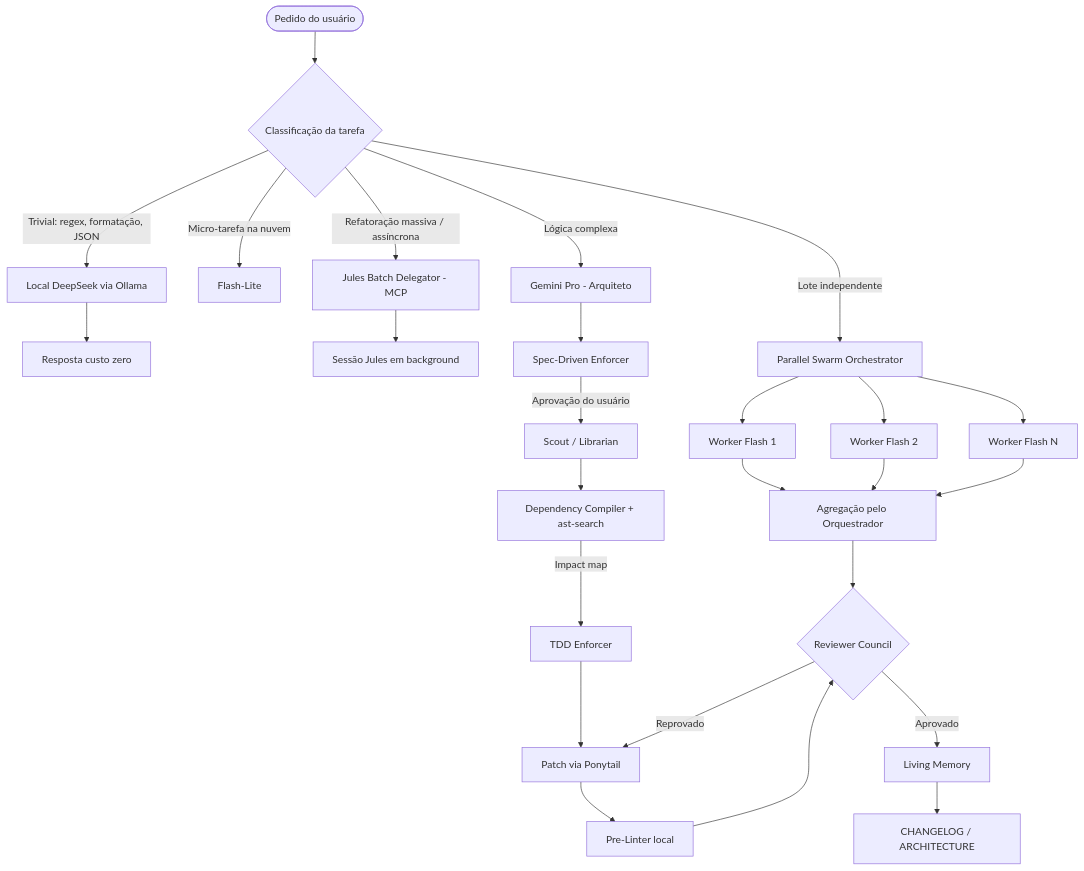
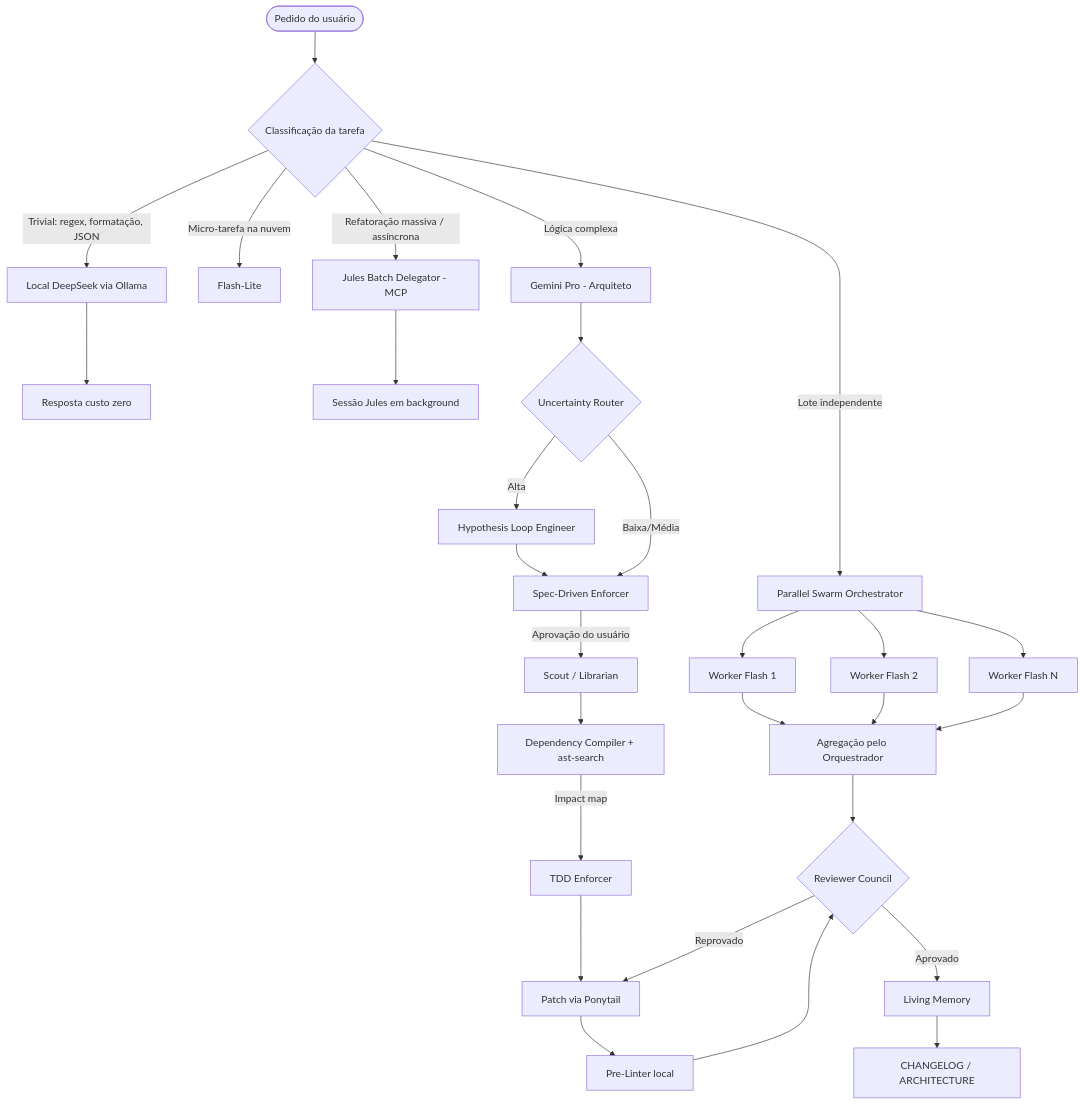
Before and after one commit to Helfstein-one/event-horizon-skill: the first of 3 diagrams in README.md, drawn with Mermaid. The commit also changed other lines of this file and 12 other files, not shown here.

Commit message:
refactor: make hypothesis loop and personas domain-agnostic; add uncertainty-router; wire skill integrations

````diff
--- a/README.md
+++ b/README.md
@@ -85,33 +86,36 @@
 ```mermaid
 flowchart TD
     User(["Pedido do usuário"]) --> Router{"Classificação da tarefa"}
 
     Router -- "Trivial: regex, formatação, JSON" --> Local["Local DeepSeek via Ollama"]
     Local --> Out1["Resposta custo zero"]
 
     Router -- "Micro-tarefa na nuvem" --> Lite["Flash-Lite"]
 
     Router -- "Refatoração massiva / assíncrona" --> Jules["Jules Batch Delegator - MCP"]
     Jules --> BG["Sessão Jules em background"]
 
     Router -- "Lote independente" --> Swarm["Parallel Swarm Orchestrator"]
     Swarm --> W1["Worker Flash 1"]
     Swarm --> W2["Worker Flash 2"]
     Swarm --> W3["Worker Flash N"]
     W1 --> Agg["Agregação pelo Orquestrador"]
     W2 --> Agg
     W3 --> Agg
 
     Router -- "Lógica complexa" --> Pro["Gemini Pro - Arquiteto"]
-    Pro --> SDD["Spec-Driven Enforcer"]
+    Pro --> UR{"Uncertainty Router"}
+    UR -- "Alta" --> HL["Hypothesis Loop Engineer"]
+    HL --> SDD
+    UR -- "Baixa/Média" --> SDD["Spec-Driven Enforcer"]
     SDD -->|"Aprovação do usuário"| Scout["Scout / Librarian"]
     Scout --> AST["Dependency Compiler + ast-search"]
     AST -->|"Impact map"| TDD["TDD Enforcer"]
     TDD --> Code["Patch via Ponytail"]
     Code --> Lint["Pre-Linter local"]
     Lint --> Council{"Reviewer Council"}
     Council -- "Reprovado" --> Code
     Council -- "Aprovado" --> Mem["Living Memory"]
     Agg --> Council
     Mem --> Doc["CHANGELOG / ARCHITECTURE"]
 ```
````
